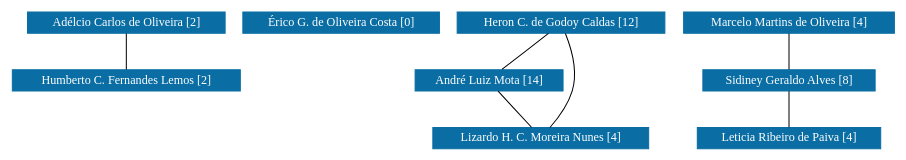
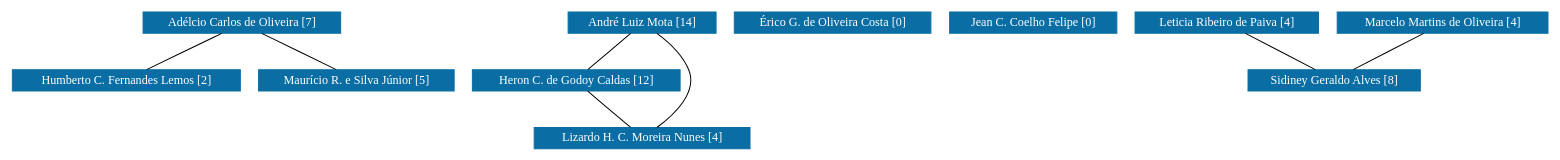
One commit to icamps/unifal-lattes.github.io changed the diagram in PPGF-UFSJ/grafoDeColaboracoesSemPesos.dot. Above: the diagram before and after it, drawn with Graphviz. The commit also changed 593 other files, not shown here.

```diff
--- a/PPGF-UFSJ/grafoDeColaboracoesSemPesos.dot
+++ b/PPGF-UFSJ/grafoDeColaboracoesSemPesos.dot
@@ -1,80 +1,95 @@
 strict graph grafo1 {
-	graph [bb="0,0,719.5,135",
+	graph [bb="0,0,1263.5,135",
 		id=grafo1,
 		overlap=False
 	];
 	node [fontsize=12,
 		label="\N",
 		shape=rectangle,
 		style=filled
 	];
 	0	 [URL="membro-0487113229071944.html",
 		color="#0A6EA4",
 		fontcolor="#FFFFFF",
 		height=0.29167,
-		label="Adélcio Carlos de Oliveira [2]",
-		pos="92,124.5",
+		label="Adélcio Carlos de Oliveira [7]",
+		pos="187,124.5",
 		width=2.1944];
-	3	 [URL="membro-8374281747074655.html",
+	4	 [URL="membro-8374281747074655.html",
 		color="#0A6EA4",
 		fontcolor="#FFFFFF",
 		height=0.29167,
 		label="Humberto C. Fernandes Lemos [2]",
 		pos="92,67.5",
 		width=2.5556];
-	0 -- 3	 [pos="92,113.78 92,103.59 92,88.348 92,78.173"];
-	1	 [URL="membro-4937965723746020.html",
+	0 -- 4	 [pos="169.13,113.78 152.15,103.59 126.75,88.348 109.79,78.173"];
+	10	 [URL="membro-7617696183555654.html",
+		color="#0A6EA4",
+		fontcolor="#FFFFFF",
+		height=0.29167,
+		label="Maurício R. e Silva Júnior [5]",
+		pos="281,67.5",
+		width=2.1944];
+	0 -- 10	 [pos="204.68,113.78 221.49,103.59 246.62,88.348 263.4,78.173"];
+	1	 [URL="membro-8453016139576761.html",
+		color="#0A6EA4",
+		fontcolor="#FFFFFF",
+		height=0.29167,
+		label="André Luiz Mota [14]",
+		pos="518,124.5",
+		width=1.6944];
+	3	 [URL="membro-1373657423991547.html",
+		color="#0A6EA4",
+		fontcolor="#FFFFFF",
+		height=0.29167,
+		label="Heron C. de Godoy Caldas [12]",
+		pos="462,67.5",
+		width=2.3333];
+	1 -- 3	 [pos="507.47,113.78 497.45,103.59 482.48,88.348 472.49,78.173"];
+	7	 [URL="membro-9320579515635433.html",
+		color="#0A6EA4",
+		fontcolor="#FFFFFF",
+		height=0.29167,
+		label="Lizardo H. C. Moreira Nunes [4]",
+		pos="518,10.5",
+		width=2.4028];
+	1 -- 7	 [pos="530.73,113.57 544.16,100.64 562.4,78.195 555,57 550.03,42.78 538.7,29.655 529.87,21.002"];
+	3 -- 7	 [pos="472.53,56.779 482.55,46.588 497.52,31.348 507.51,21.173"];
+	2	 [URL="membro-4937965723746020.html",
 		color="#0A6EA4",
 		fontcolor="#FFFFFF",
 		height=0.29167,
 		label="Érico G. de Oliveira Costa [0]",
-		pos="269,124.5",
+		pos="677,124.5",
 		width=2.2222];
-	2	 [URL="membro-1373657423991547.html",
+	5	 [URL="membro-1513522824340750.html",
 		color="#0A6EA4",
 		fontcolor="#FFFFFF",
 		height=0.29167,
-		label="Heron C. de Godoy Caldas [12]",
-		pos="451,124.5",
-		width=2.3333];
-	6	 [URL="membro-8453016139576761.html",
+		label="Jean C. Coelho Felipe [0]",
+		pos="844,124.5",
+		width=1.9167];
+	6	 [URL="membro-9428416479663144.html",
 		color="#0A6EA4",
 		fontcolor="#FFFFFF",
 		height=0.29167,
-		label="André Luiz Mota [14]",
-		pos="388,67.5",
-		width=1.6944];
-	2 -- 6	 [pos="439.15,113.78 427.89,103.59 411.04,88.348 399.8,78.173"];
-	8	 [URL="membro-9320579515635433.html",
+		label="Leticia Ribeiro de Paiva [4]",
+		pos="1005,124.5",
+		width=2.0417];
+	9	 [URL="membro-4536440727635518.html",
 		color="#0A6EA4",
 		fontcolor="#FFFFFF",
 		height=0.29167,
-		label="Lizardo H. C. Moreira Nunes [4]",
-		pos="432,10.5",
-		width=2.4028];
-	2 -- 8	 [pos="454.42,113.8 458.19,100.34 463.11,76.609 458,57 454.55,43.754 446.4,30.282 440.13,21.272"];
-	6 -- 8	 [pos="396.28,56.779 404.14,46.588 415.91,31.348 423.76,21.173"];
-	4	 [URL="membro-2091568617999217.html",
+		label="Sidiney Geraldo Alves [8]",
+		pos="1092,67.5",
+		width=1.9444];
+	6 -- 9	 [pos="1021.4,113.78 1036.9,103.59 1060.2,88.348 1075.7,78.173"];
+	8	 [URL="membro-2091568617999217.html",
 		color="#0A6EA4",
 		fontcolor="#FFFFFF",
 		height=0.29167,
 		label="Marcelo Martins de Oliveira [4]",
-		pos="636,124.5",
+		pos="1180,124.5",
 		width=2.3194];
-	5	 [URL="membro-4536440727635518.html",
-		color="#0A6EA4",
-		fontcolor="#FFFFFF",
-		height=0.29167,
-		label="Sidiney Geraldo Alves [8]",
-		pos="636,67.5",
-		width=1.9444];
-	4 -- 5	 [pos="636,113.78 636,103.59 636,88.348 636,78.173"];
-	7	 [URL="membro-9428416479663144.html",
-		color="#0A6EA4",
-		fontcolor="#FFFFFF",
-		height=0.29167,
-		label="Leticia Ribeiro de Paiva [4]",
-		pos="636,10.5",
-		width=2.0417];
-	5 -- 7	 [pos="636,56.779 636,46.588 636,31.348 636,21.173"];
+	8 -- 9	 [pos="1163.4,113.78 1147.7,103.59 1124.2,88.348 1108.5,78.173"];
 }
```
